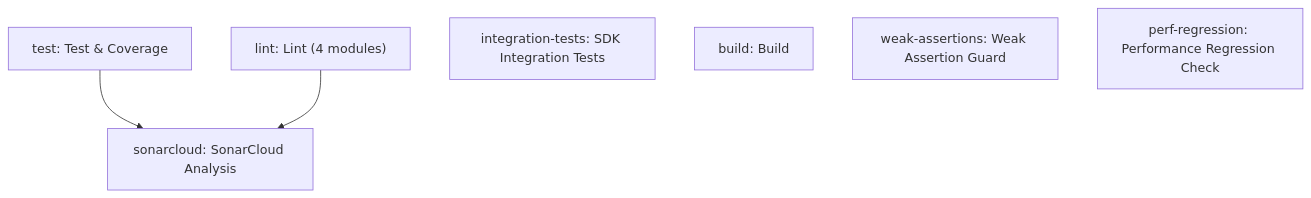
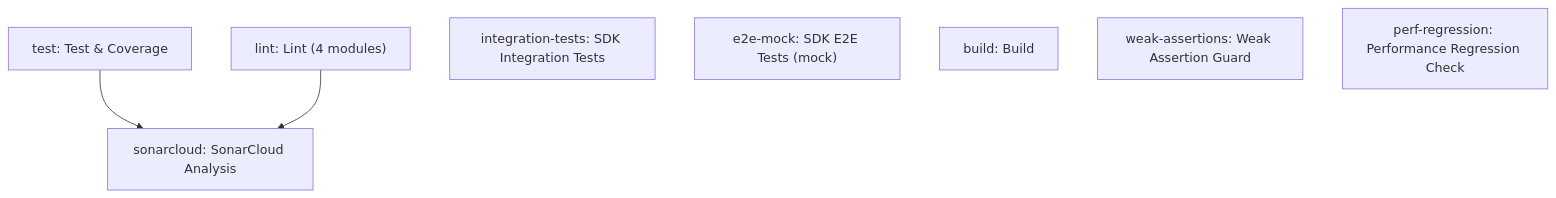
One commit to AltairaLabs/PromptKit changed the second of 6 diagrams in docs/src/content/docs/devops/ci-cd-diagrams.md. Above: the diagram before and after it, drawn with Mermaid. The commit also changed other lines of this file and 7 other files, not shown here.

````diff
--- a/docs/src/content/docs/devops/ci-cd-diagrams.md
+++ b/docs/src/content/docs/devops/ci-cd-diagrams.md
@@ -64,13 +67,14 @@
 ```mermaid
 flowchart TD
     test["test: Test & Coverage"]
     lint["lint: Lint (4 modules)"]
     sonar["sonarcloud: SonarCloud Analysis"]
     integ["integration-tests: SDK Integration Tests"]
+    e2e["e2e-mock: SDK E2E Tests (mock)"]
     build["build: Build"]
     weak["weak-assertions: Weak Assertion Guard"]
     perf["perf-regression: Performance Regression Check"]
 
     test --> sonar
     lint --> sonar
 ```
````
